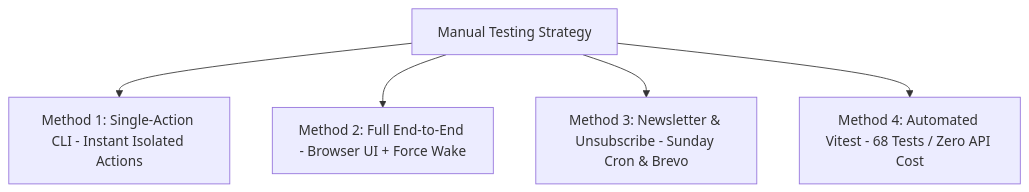
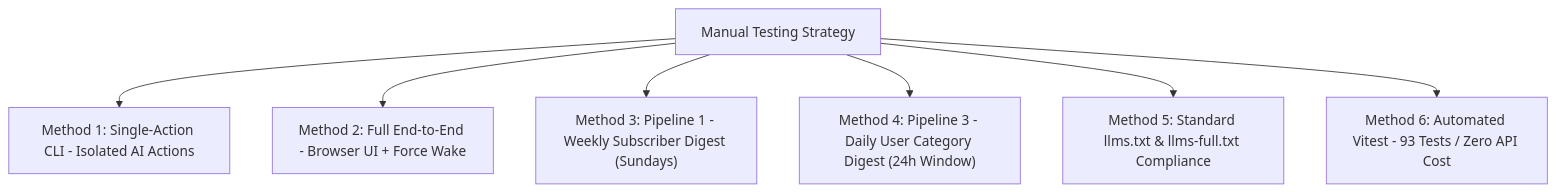
One commit to AmritSDutta/moitrii_frontend changed the diagram in docs/manual-testing.mdx. Above: the diagram before and after it, drawn with Mermaid. The commit also changed other lines of this file and 13 other files, not shown here.

Commit message:
user digest implemented

````diff
--- a/docs/manual-testing.mdx
+++ b/docs/manual-testing.mdx
@@ -10,7 +10,9 @@
 ```mermaid
 flowchart TD
-  Start["Manual Testing Strategy"] --> M1["Method 1: Single-Action CLI - Instant Isolated Actions"]
+  Start["Manual Testing Strategy"] --> M1["Method 1: Single-Action CLI - Isolated AI Actions"]
   Start --> M2["Method 2: Full End-to-End - Browser UI + Force Wake"]
-  Start --> M3["Method 3: Newsletter & Unsubscribe - Sunday Cron & Brevo"]
-  Start --> M4["Method 4: Automated Vitest - 68 Tests / Zero API Cost"]
+  Start --> M3["Method 3: Pipeline 1 - Weekly Subscriber Digest (Sundays)"]
+  Start --> M4["Method 4: Pipeline 3 - Daily User Category Digest (24h Window)"]
+  Start --> M5["Method 5: Standard llms.txt & llms-full.txt Compliance"]
+  Start --> M6["Method 6: Automated Vitest - 93 Tests / Zero API Cost"]
 ```
````
